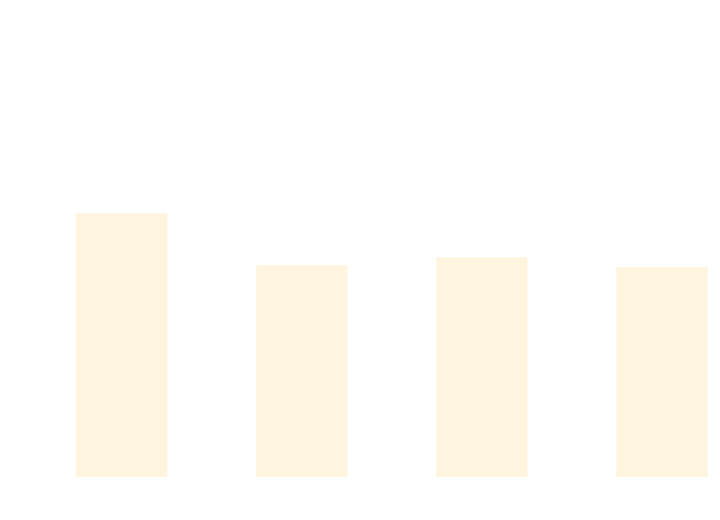
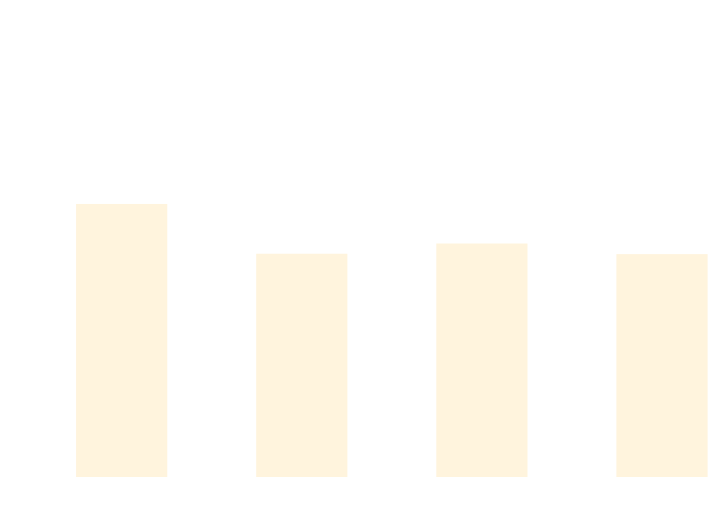
One commit to thomhurst/TUnit changed the diagram in docs/docs/benchmarks/BuildTime.md. Above: the diagram before and after it, drawn with Mermaid. The commit also changed other lines of this file and 17 other files, not shown here.

````diff
--- a/docs/docs/benchmarks/BuildTime.md
+++ b/docs/docs/benchmarks/BuildTime.md
@@ -28,37 +28,37 @@
 ```mermaid
 %%{init: {
   'theme':'base',
   'themeVariables': {
     'primaryColor': '#2563eb',
     'primaryTextColor': '#ffffff',
     'primaryBorderColor': '#1e40af',
     'lineColor': '#6b7280',
     'secondaryColor': '#7c3aed',
     'tertiaryColor': '#dc2626',
     'background': '#ffffff',
     'mainBkg': '#2563eb',
     'secondBkg': '#7c3aed',
     'tertiaryBkg': '#dc2626',
     'clusterBkg': '#f3f4f6',
     'edgeLabelBackground': '#ffffff',
     'tertiaryTextColor': '#1f2937',
     'pie1': '#2563eb',
     'pie2': '#7c3aed',
     'pie3': '#dc2626',
     'pie4': '#f59e0b',
     'pie5': '#10b981',
     'pie6': '#06b6d4',
     'pie7': '#ec4899',
     'pie8': '#6366f1',
     'pie9': '#84cc16',
     'pie10': '#f97316',
     'pie11': '#14b8a6',
     'pie12': '#a855f7'
   }
 }}%%
 xychart-beta
   title "Build Time Comparison"
   x-axis ["Build_TUnit", "Build_NUnit", "Build_MSTest", "Build_xUnit3"]
   y-axis "Time (s)" 0 --> 3
-  bar [1.876, 1.497, 1.554, 1.48]
+  bar [1.944, 1.579, 1.654, 1.576]
 ```
````
